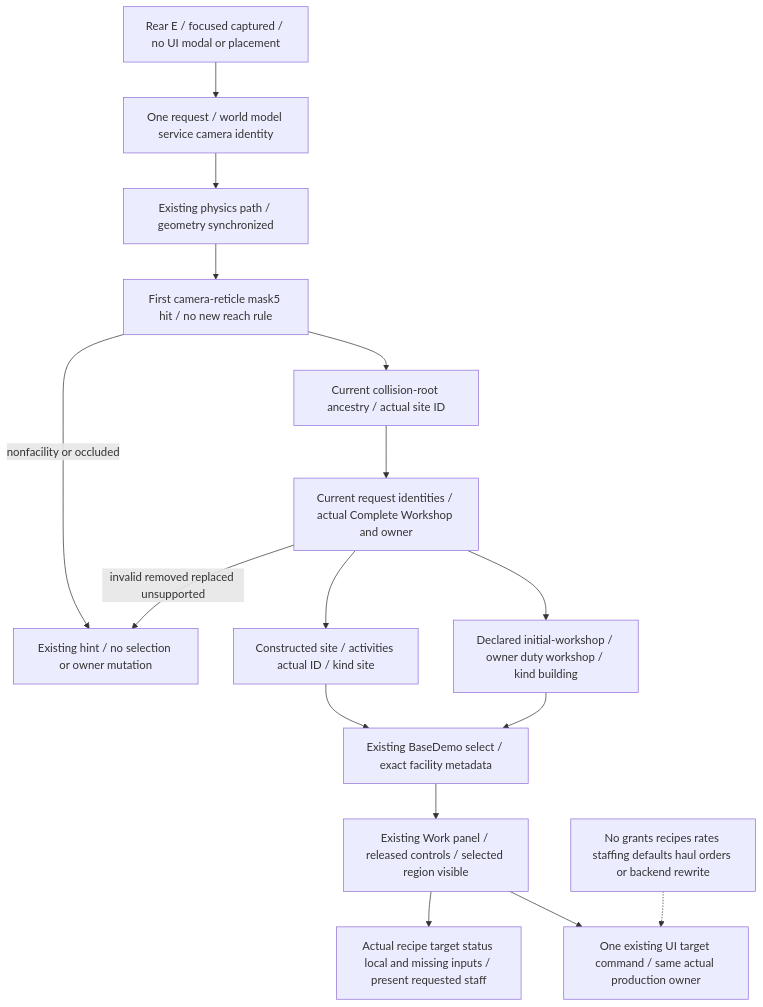
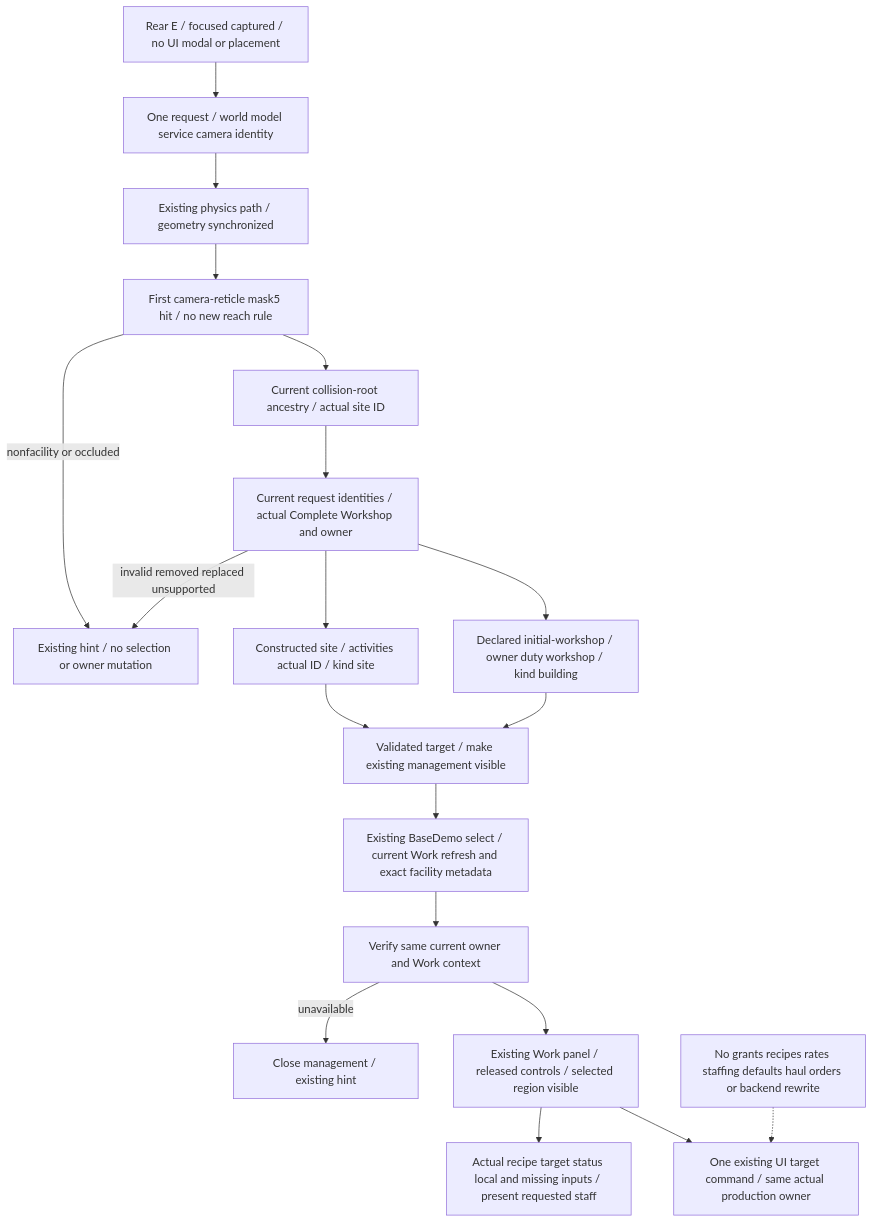
The diagram in docs/diagrams/3d_workshop_interaction.mmd (TheInfinityIQ/Trencho_V4), drawn with Mermaid before and after one commit. The commit also changed 10 other files, not shown here.

```diff
--- a/docs/diagrams/3d_workshop_interaction.mmd
+++ b/docs/diagrams/3d_workshop_interaction.mmd
@@ -1,16 +1,19 @@
 flowchart TD
     E[Rear E / focused captured / no UI modal or placement] --> Queue[One request / world model service camera identity]
     Queue --> Physics[Existing physics path / geometry synchronized]
     Physics --> Hit[First camera-reticle mask5 hit / no new reach rule]
     Hit -->|nonfacility or occluded| Reject[Existing hint / no selection or owner mutation]
     Hit --> Meta[Current collision-root ancestry / actual site ID]
     Meta --> Validate[Current request identities / actual Complete Workshop and owner]
     Validate -->|invalid removed replaced unsupported| Reject
     Validate --> Built[Constructed site / activities actual ID / kind site]
     Validate --> Initial[Declared initial-workshop / owner duty workshop / kind building]
-    Built --> Select[Existing BaseDemo select / exact facility metadata]
-    Initial --> Select
-    Select --> UI[Existing Work panel / released controls / selected region visible]
+    Built --> Visible[Validated target / make existing management visible]
+    Initial --> Visible
+    Visible --> Select[Existing BaseDemo select / current Work refresh and exact facility metadata]
+    Select --> Verify[Verify same current owner and Work context]
+    Verify -->|unavailable| Close[Close management / existing hint]
+    Verify --> UI[Existing Work panel / released controls / selected region visible]
     UI --> Facts[Actual recipe target status local and missing inputs / present requested staff]
     UI --> Command[One existing UI target command / same actual production owner]
     Limits[No grants recipes rates staffing defaults haul orders or backend rewrite] -.-> Command
```
